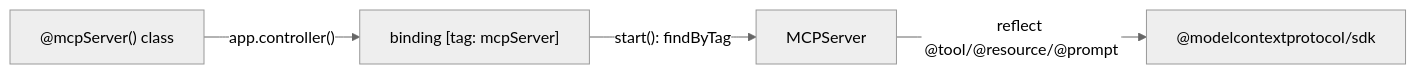
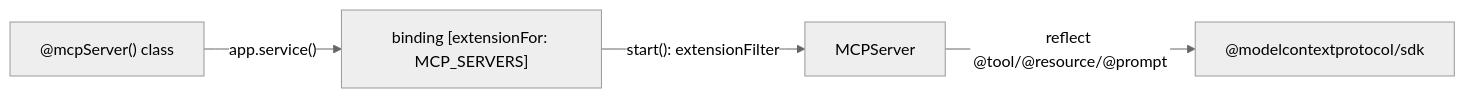
The diagram in docs/guides/build-an-mcp-server.md (ninemindai/agentback), drawn with Mermaid (neutral theme) before and after one commit. The commit also changed other lines of this file and 9 other files, not shown here.

First line of the commit message:
docs(skill,guides,diagram): sync MCP registration to the extension-point model

````diff
--- a/docs/guides/build-an-mcp-server.md
+++ b/docs/guides/build-an-mcp-server.md
@@ -161,6 +161,6 @@
 ```mermaid
 graph LR
-  D["@mcpServer() class"] -->|"app.controller()"| B["binding [tag: mcpServer]"]
-  B -->|"start(): findByTag"| M["MCPServer"]
+  D["@mcpServer() class"] -->|"app.service()"| B["binding [extensionFor: MCP_SERVERS]"]
+  B -->|"start(): extensionFilter"| M["MCPServer"]
   M -->|reflect @tool/@resource/@prompt| SDK["@modelcontextprotocol/sdk"]
 ```
````
